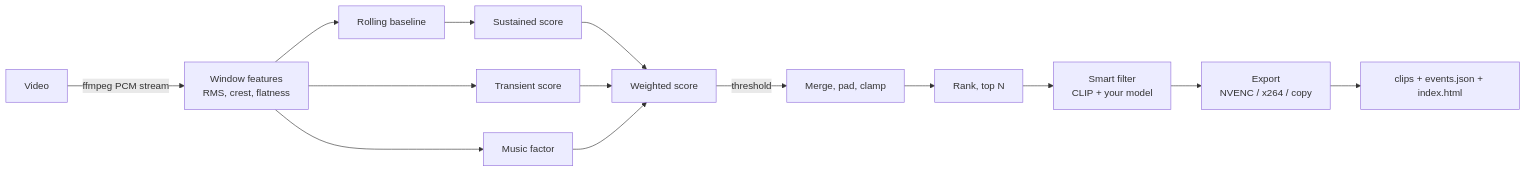
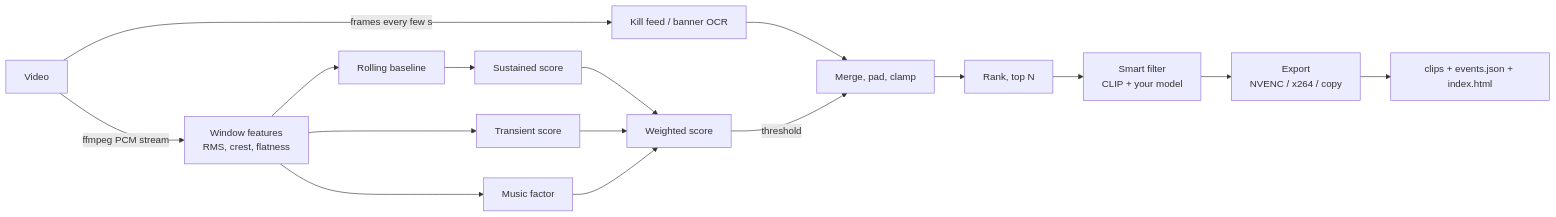
One commit to sauravss98/Clip-It changed the diagram in README.md. Above: the diagram before and after it, drawn with Mermaid. The commit also changed other lines of this file and 18 other files, not shown here.

````diff
--- a/README.md
+++ b/README.md
@@ -182,14 +203,16 @@
 ```mermaid
 flowchart LR
     V[Video] -->|ffmpeg PCM stream| F[Window features<br/>RMS, crest, flatness]
+    V -->|frames every few s| OCR[Kill feed / banner OCR]
+    OCR --> E
     F --> B[Rolling baseline]
     B --> S[Sustained score]
     F --> T[Transient score]
     F --> M[Music factor]
     S & T & M --> C[Weighted score]
     C -->|threshold| E[Merge, pad, clamp]
     E --> R[Rank, top N]
     R --> VZ[Smart filter<br/>CLIP + your model]
     VZ --> X[Export<br/>NVENC / x264 / copy]
     X --> O[clips + events.json + index.html]
 ```
````
